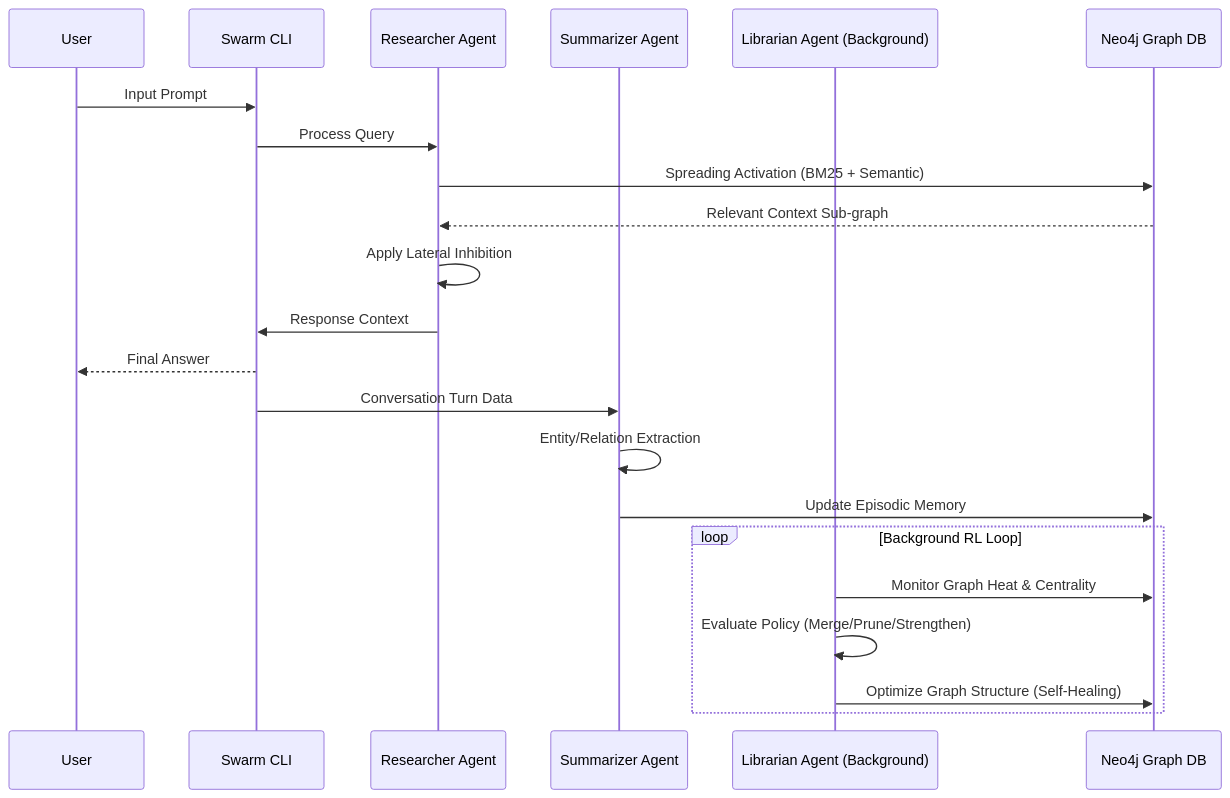
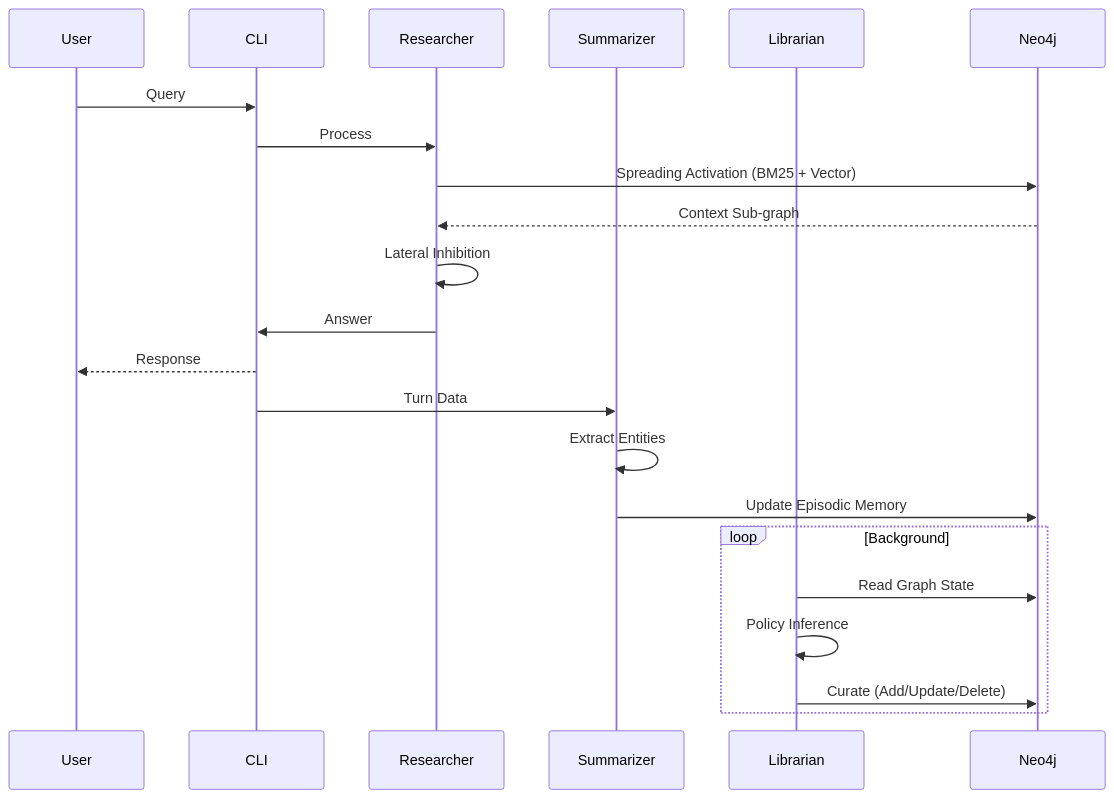
The second of 2 diagrams in README.md (anonimity69/GraphCortex), drawn with Mermaid before and after one commit. The commit also changed other lines of this file and 31 other files, not shown here.

Commit message:
refactor: implement automated graph sanitization and RL-driven Librarian agent integration

````diff
--- a/README.md
+++ b/README.md
@@ -129,27 +83,27 @@
 ```mermaid
 sequenceDiagram
     participant U as User
-    participant C as Swarm CLI
-    participant R as Researcher Agent
-    participant S as Summarizer Agent
-    participant L as Librarian Agent (Background)
-    participant DB as Neo4j Graph DB
+    participant C as CLI
+    participant R as Researcher
+    participant S as Summarizer
+    participant L as Librarian
+    participant DB as Neo4j
 
-    U->>C: Input Prompt
-    C->>R: Process Query
-    R->>DB: Spreading Activation (BM25 + Semantic)
-    DB-->>R: Relevant Context Sub-graph
-    R->>R: Apply Lateral Inhibition
-    R->>C: Response Context
-    C-->>U: Final Answer
+    U->>C: Query
+    C->>R: Process
+    R->>DB: Spreading Activation (BM25 + Vector)
+    DB-->>R: Context Sub-graph
+    R->>R: Lateral Inhibition
+    R->>C: Answer
+    C-->>U: Response
 
-    C->>S: Conversation Turn Data
-    S->>S: Entity/Relation Extraction
+    C->>S: Turn Data
+    S->>S: Extract Entities
     S->>DB: Update Episodic Memory
 
-    loop Background RL Loop
-        L->>DB: Monitor Graph Heat & Centrality
-        L->>L: Evaluate Policy (Merge/Prune/Strengthen)
-        L->>DB: Optimize Graph Structure (Self-Healing)
+    loop Background
+        L->>DB: Read Graph State
+        L->>L: Policy Inference
+        L->>DB: Curate (Add/Update/Delete)
     end
 ```
````
